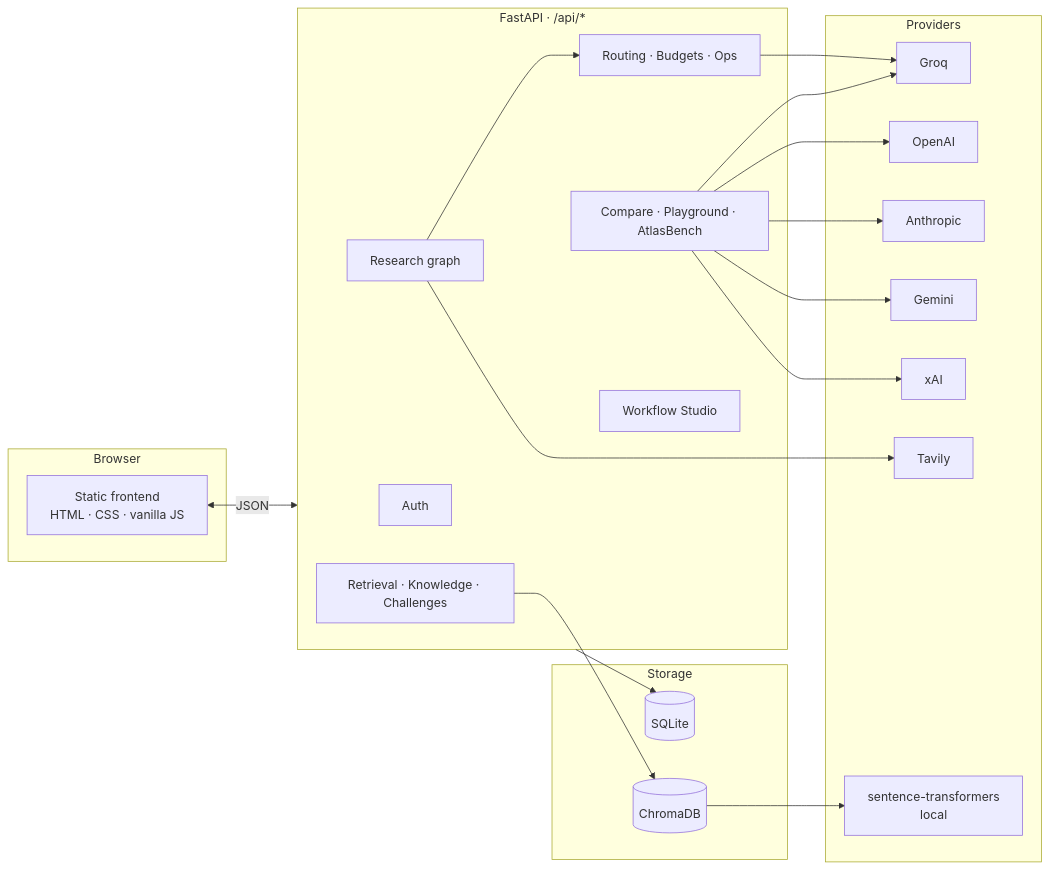
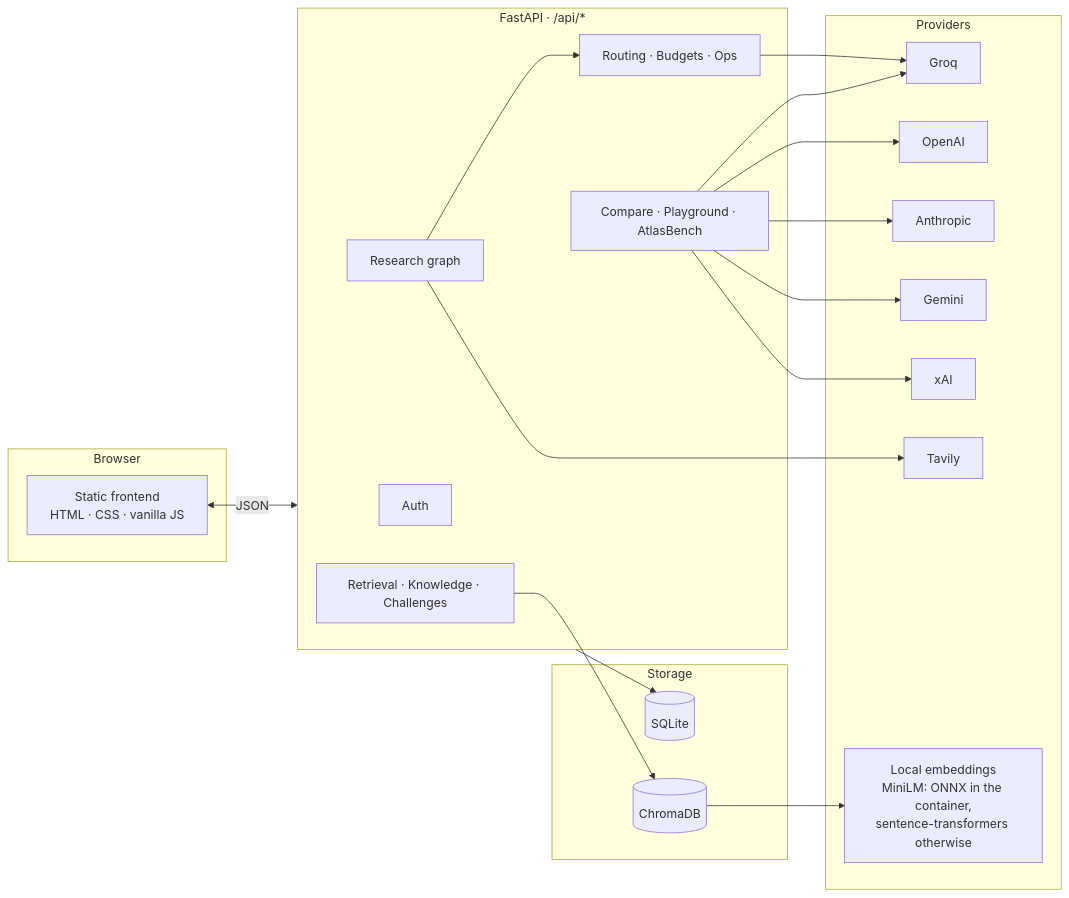
One commit to shreyajoshi144/atlas changed the second of 2 diagrams in README.md. Above: the diagram before and after it, drawn with Mermaid. The commit also changed other lines of this file and 34 other files, not shown here.

Commit message:
Remove Workflow Studio; fold routing into AtlasBench; add project management pack; align all docs

````diff
--- a/README.md
+++ b/README.md
@@ -94,37 +93,36 @@
 ```mermaid
 flowchart LR
     subgraph Browser
         UI["Static frontend<br/>HTML · CSS · vanilla JS"]
     end
 
     subgraph API["FastAPI · /api/*"]
         AUTH[Auth]
         RES[Research graph]
         RET[Retrieval · Knowledge · Challenges]
         EVAL[Compare · Playground · AtlasBench]
         ROUTE[Routing · Budgets · Ops]
-        WF[Workflow Studio]
     end
 
     subgraph Storage
         SQL[(SQLite)]
         VEC[(ChromaDB)]
     end
 
     subgraph Providers
         GROQ[Groq]
         OAI[OpenAI]
         ANT[Anthropic]
         GEM[Gemini]
         XAI[xAI]
         TAV[Tavily]
-        EMB[sentence-transformers<br/>local]
+        EMB[Local embeddings<br/>MiniLM: ONNX in the container,<br/>sentence-transformers otherwise]
     end
 
     UI <-->|JSON| API
     RES --> ROUTE --> GROQ
     EVAL --> OAI & ANT & GEM & XAI & GROQ
     RES --> TAV
     API --> SQL
     RET --> VEC --> EMB
 ```
````
